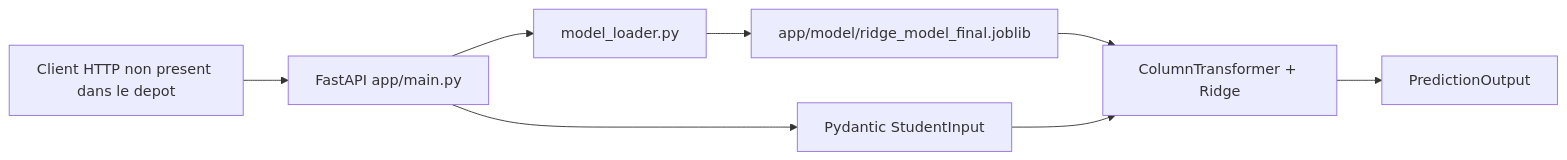
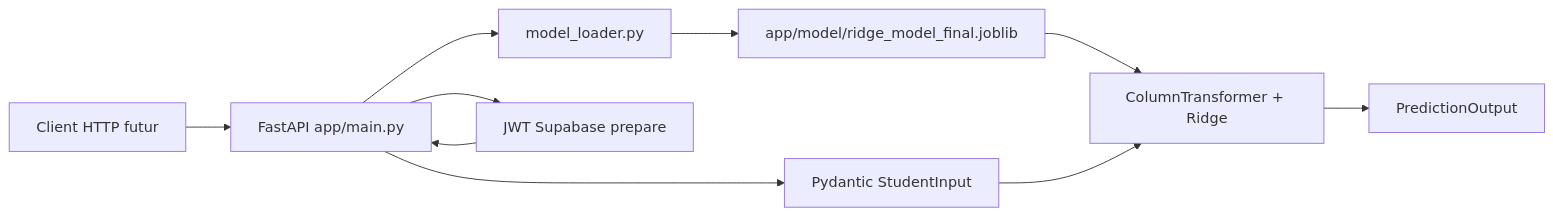
One commit to Nick-ulrich2/STUDENT_PERFORMANCE_PREDICTOR changed the first of 2 diagrams in PROJECT_HANDOFF_AND_LEARNING_GUIDE.md. Above: the diagram before and after it, drawn with Mermaid. The commit also changed other lines of this file and 4 other files, not shown here.

````diff
--- a/PROJECT_HANDOFF_AND_LEARNING_GUIDE.md
+++ b/PROJECT_HANDOFF_AND_LEARNING_GUIDE.md
@@ -55,17 +55,19 @@
 ```mermaid
 flowchart LR
-    Client[Client HTTP non present dans le depot]
+    Client[Client HTTP futur]
     API[FastAPI app/main.py]
     Schema[Pydantic StudentInput]
     Loader[model_loader.py]
     Artifact[app/model/ridge_model_final.joblib]
     Pipeline[ColumnTransformer + Ridge]
     Result[PredictionOutput]
     Client --> API
     API --> Schema
+    API --> Auth[JWT Supabase prepare]
     API --> Loader
     Loader --> Artifact
     Artifact --> Pipeline
     Schema --> Pipeline
     Pipeline --> Result
+    Auth --> API
 ```
````
